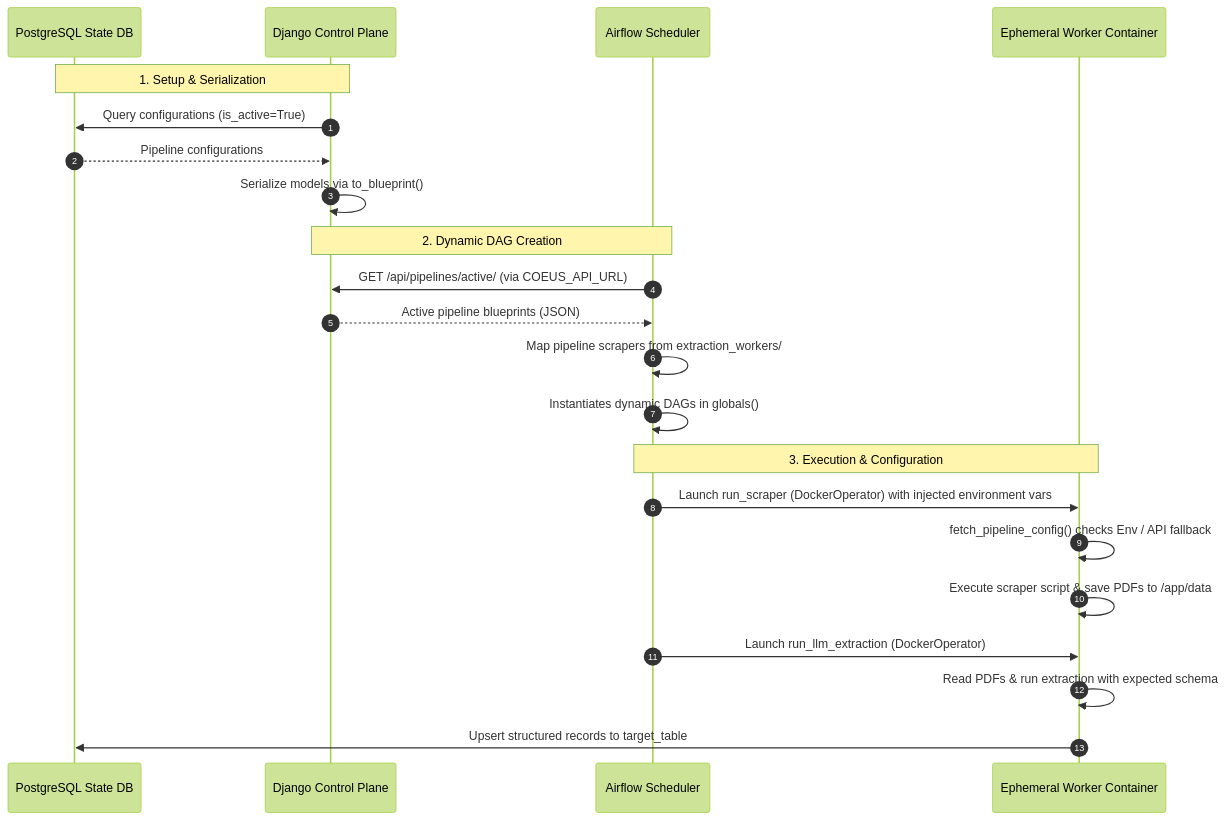
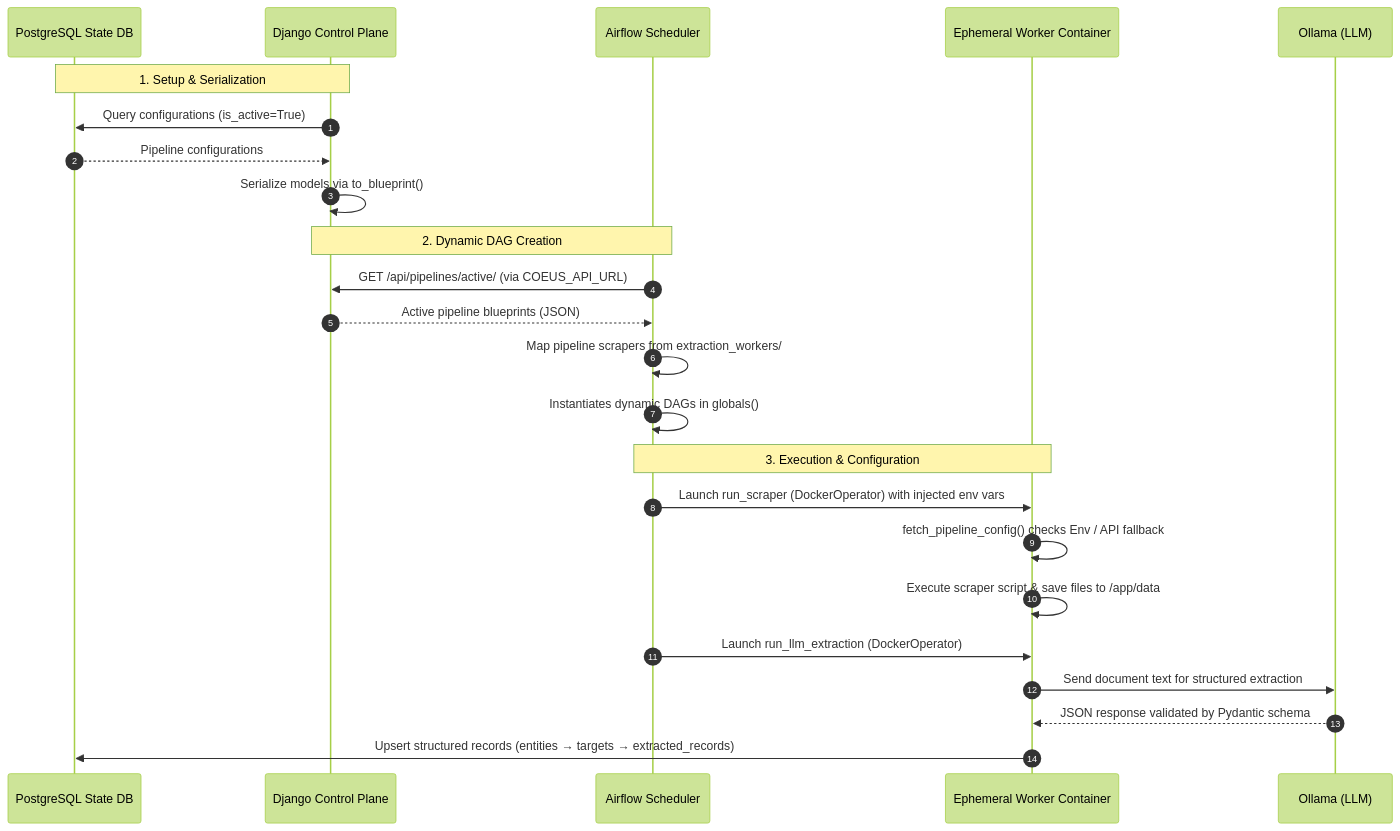
The diagram in TECHNICAL_OVERVIEW.md (8OHM-Technologies/coeus), drawn with Mermaid (forest theme) before and after one commit. The commit also changed other lines of this file and 6 other files, not shown here.

Commit message:
feat: integrate misstcha captcha solver, migrate to Ollama-backed LLM extraction, and enhance SAFLII scraper with GDrive integration and Turnstile bypass.

````diff
--- a/TECHNICAL_OVERVIEW.md
+++ b/TECHNICAL_OVERVIEW.md
@@ -14,27 +14,29 @@
 ```mermaid
 sequenceDiagram
     autonumber
     participant DB as PostgreSQL State DB
     participant Django as Django Control Plane
     participant Airflow as Airflow Scheduler
     participant Docker as Ephemeral Worker Container
+    participant Ollama as Ollama (LLM)
 
     Note over Django, DB: 1. Setup & Serialization
     Django->>DB: Query configurations (is_active=True)
     DB-->>Django: Pipeline configurations
     Django->>Django: Serialize models via to_blueprint()
     
     Note over Airflow, Django: 2. Dynamic DAG Creation
     Airflow->>Django: GET /api/pipelines/active/ (via COEUS_API_URL)
     Django-->>Airflow: Active pipeline blueprints (JSON)
     Airflow->>Airflow: Map pipeline scrapers from extraction_workers/
     Airflow->>Airflow: Instantiates dynamic DAGs in globals()
 
     Note over Airflow, Docker: 3. Execution & Configuration
-    Airflow->>Docker: Launch run_scraper (DockerOperator) with injected environment vars
+    Airflow->>Docker: Launch run_scraper (DockerOperator) with injected env vars
     Docker->>Docker: fetch_pipeline_config() checks Env / API fallback
-    Docker->>Docker: Execute scraper script & save PDFs to /app/data
+    Docker->>Docker: Execute scraper script & save files to /app/data
     Airflow->>Docker: Launch run_llm_extraction (DockerOperator)
-    Docker->>Docker: Read PDFs & run extraction with expected schema
-    Docker->>DB: Upsert structured records to target_table
+    Docker->>Ollama: Send document text for structured extraction
+    Ollama-->>Docker: JSON response validated by Pydantic schema
+    Docker->>DB: Upsert structured records (entities → targets → extracted_records)
 ```
````
